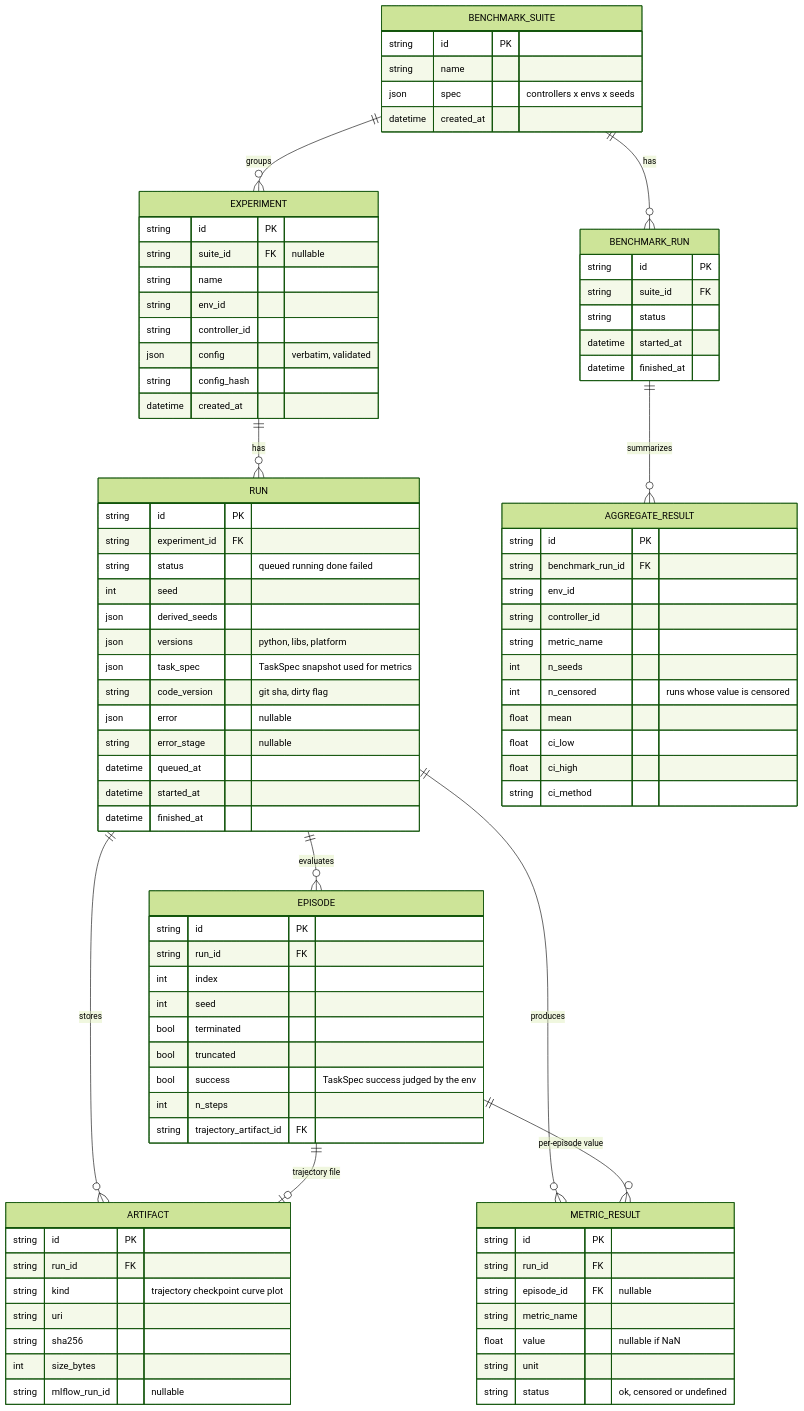
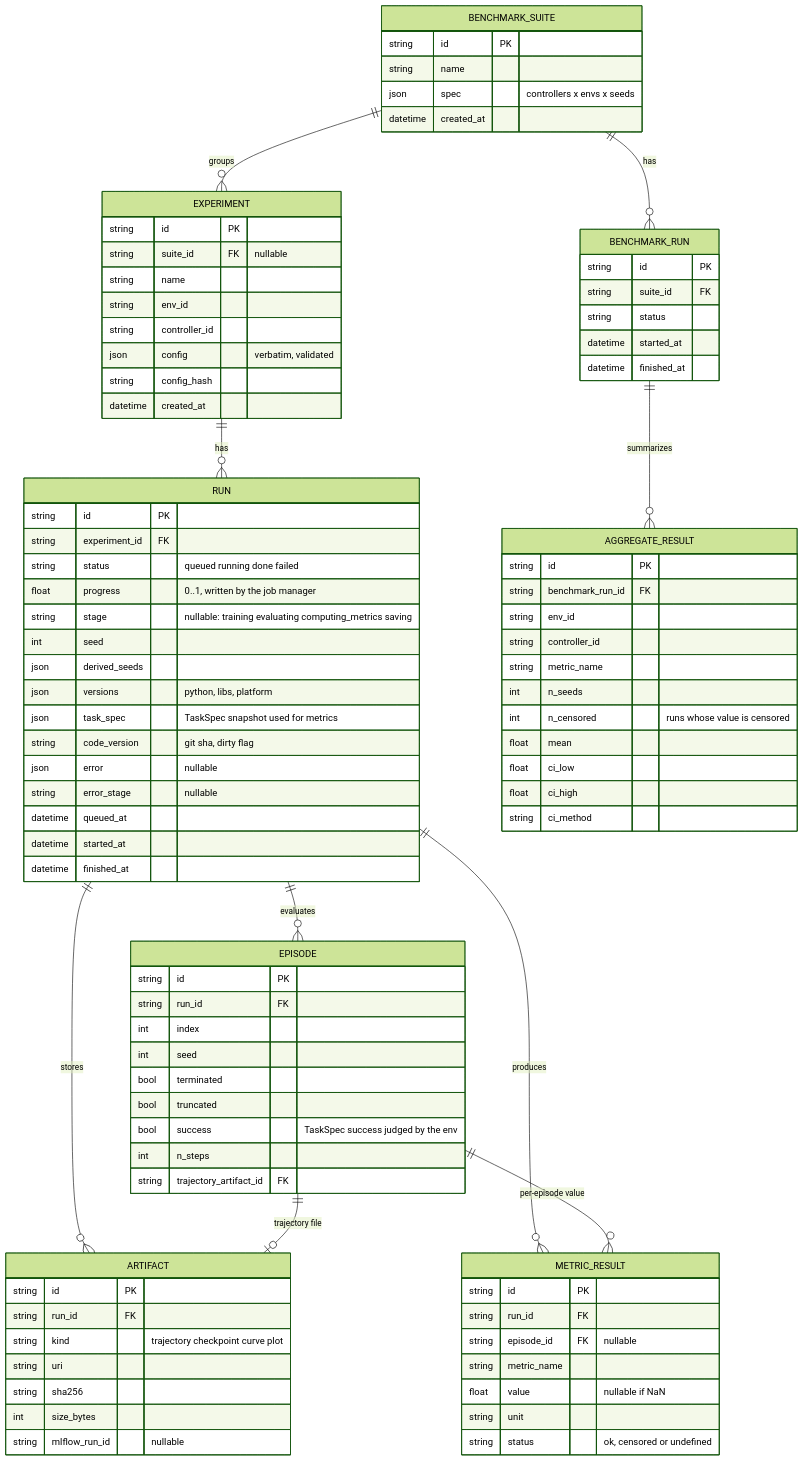
Before and after one commit to AnishKharat/RL-simulation-platform: the diagram in docs/architecture/data-model.md, drawn with Mermaid (forest theme). The commit also changed other lines of this file and 1 other file, not shown here.

Commit message:
docs(persistence): add RUN progress/stage, defer Alembic to Phase 5

```diff
--- a/docs/architecture/data-model.md
+++ b/docs/architecture/data-model.md
@@ -43,6 +43,8 @@
         string id PK
         string experiment_id FK
         string status "queued running done failed"
+        float  progress "0..1, written by the job manager"
+        string stage "nullable: training evaluating computing_metrics saving"
         int    seed
         json   derived_seeds
         json   versions "python, libs, platform"
```
